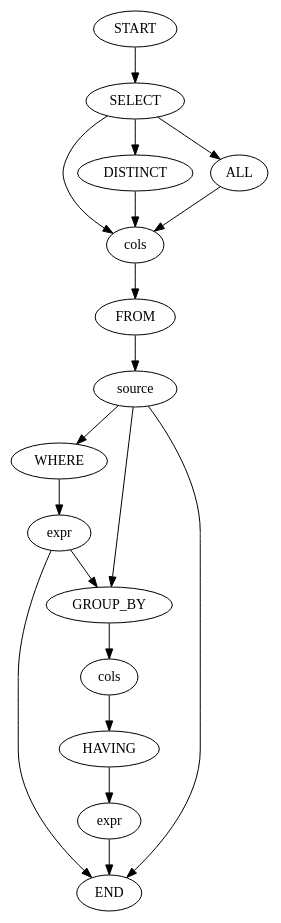
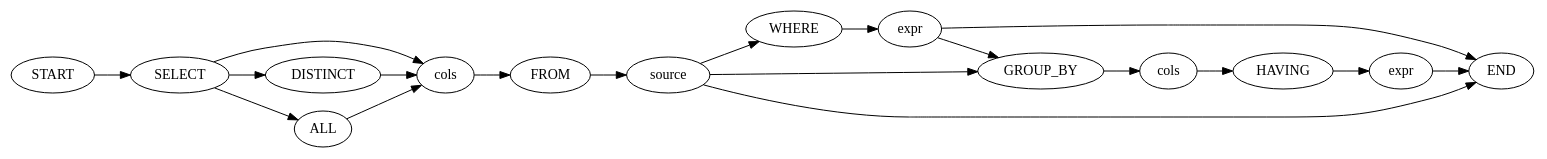
One commit to BalderHolst/query-builder changed the diagram in src/generator/grammar.dot. Above: the diagram before and after it, drawn with Graphviz. The commit also changed 3 other files, not shown here.

```diff
--- a/src/generator/grammar.dot
+++ b/src/generator/grammar.dot
@@ -1,36 +1,40 @@
 # https://www.sqlite.org/syntaxdiagrams.html
 
 digraph my_graph {
+
+    # Draw graph from right to left
+    rankdir="LR";
+
     START;
     SELECT [label=SELECT];
     SELECT_TARGET [label=cols];
     DISTINCT_SPECIFIER [label=DISTINCT];
     ALL_SPECIFIER [label=ALL];
     FROM [label=FROM];
     FROM_TARGET [label=source];
     WHERE [label=WHERE];
     WHERE_TARGET [label=expr];
     GROUPBY [label=GROUP_BY];
     GROUPBY_TARGET [label=cols];
     HAVING [label=HAVING];
     HAVING_TARGET [label=expr];
     END;
 
     START -> SELECT
     SELECT -> SELECT_TARGET
     SELECT -> DISTINCT_SPECIFIER -> SELECT_TARGET
     SELECT -> ALL_SPECIFIER -> SELECT_TARGET
         SELECT_TARGET -> FROM
 
     FROM -> FROM_TARGET
         FROM_TARGET -> END
         FROM_TARGET -> GROUPBY
         FROM_TARGET -> WHERE
 
     WHERE -> WHERE_TARGET
         WHERE_TARGET -> GROUPBY
         WHERE_TARGET -> END
 
     GROUPBY -> GROUPBY_TARGET
         GROUPBY_TARGET -> HAVING -> HAVING_TARGET -> END
 }
```
